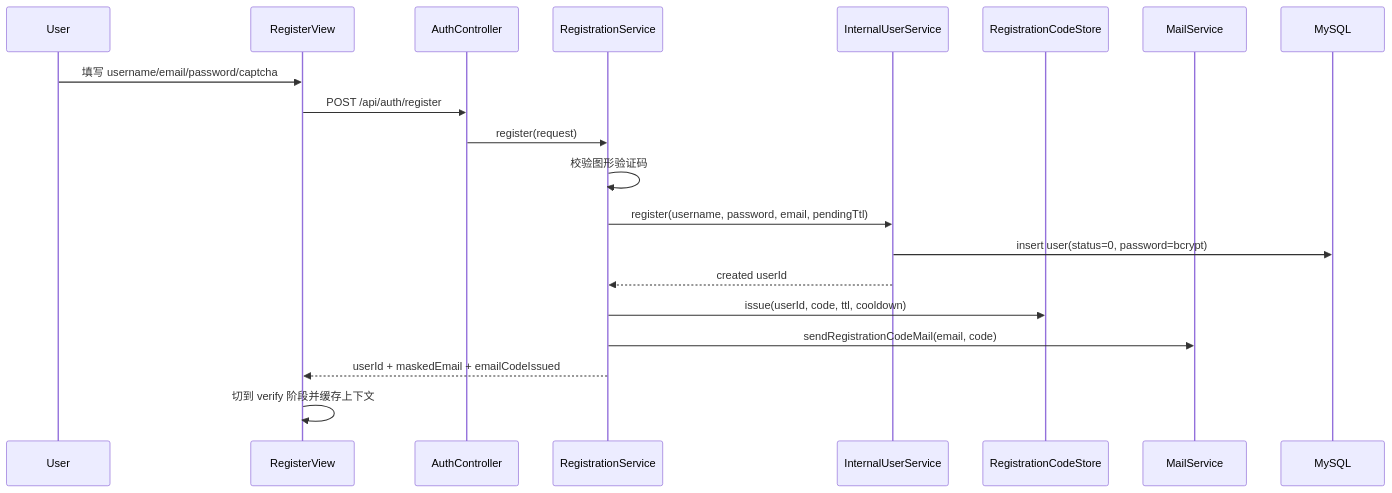
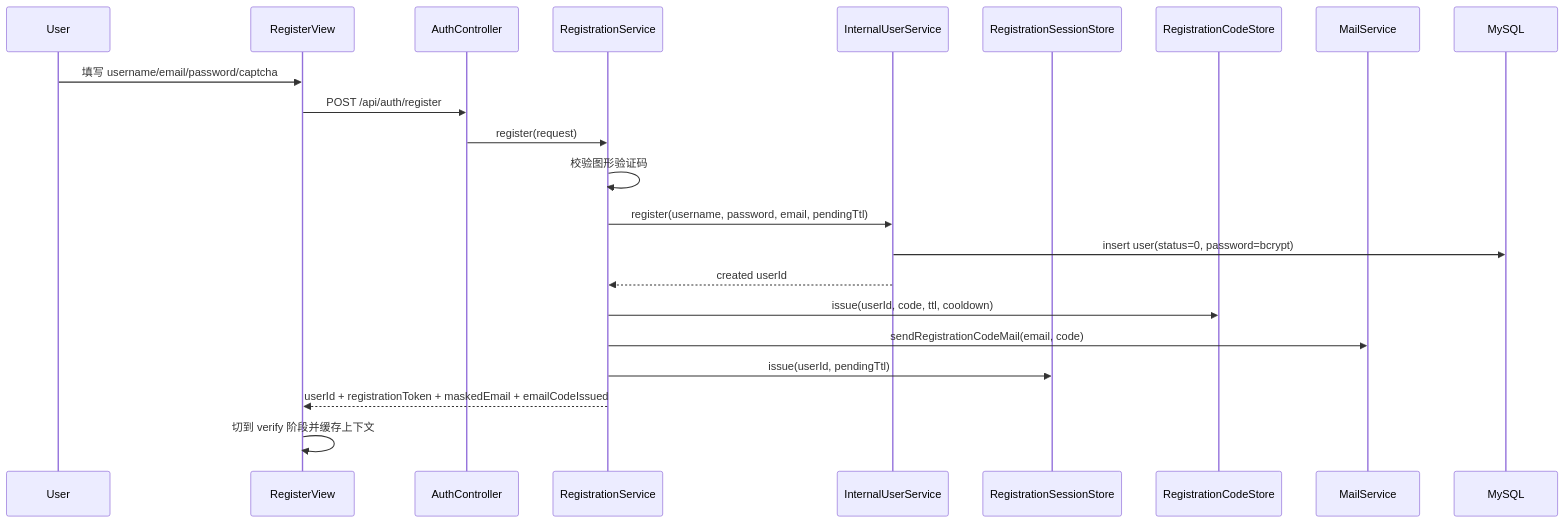
One commit to skt-shinyruo/community changed the first of 2 diagrams in docs/business-logic/auth-registration-login-flow.md. Above: the diagram before and after it, drawn with Mermaid. The commit also changed other lines of this file, not shown here.

Commit message:
docs: update auth registration flow to use registrationToken

````diff
--- a/docs/business-logic/auth-registration-login-flow.md
+++ b/docs/business-logic/auth-registration-login-flow.md
@@ -73,23 +73,25 @@
 ```mermaid
 sequenceDiagram
     participant U as User
     participant FE as RegisterView
     participant API as AuthController
     participant REG as RegistrationService
     participant USER as InternalUserService
+    participant SESS as RegistrationSessionStore
     participant CODE as RegistrationCodeStore
     participant MAIL as MailService
     participant DB as MySQL
 
     U->>FE: 填写 username/email/password/captcha
     FE->>API: POST /api/auth/register
     API->>REG: register(request)
     REG->>REG: 校验图形验证码
     REG->>USER: register(username, password, email, pendingTtl)
     USER->>DB: insert user(status=0, password=bcrypt)
     USER-->>REG: created userId
     REG->>CODE: issue(userId, code, ttl, cooldown)
     REG->>MAIL: sendRegistrationCodeMail(email, code)
-    REG-->>FE: userId + maskedEmail + emailCodeIssued
+    REG->>SESS: issue(userId, pendingTtl)
+    REG-->>FE: userId + registrationToken + maskedEmail + emailCodeIssued
     FE->>FE: 切到 verify 阶段并缓存上下文
 ```
````
